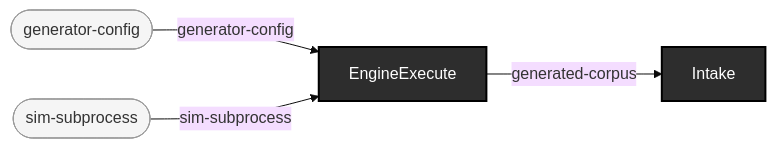
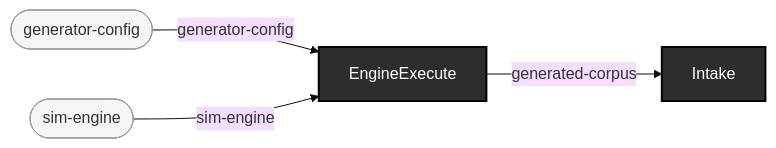
Before and after one commit to pragsmike/ehr-testing-tools: diagram 15 of 17 in docs/use-cases.md, drawn with Mermaid (base theme). The commit also changed other lines of this file and 2 other files, not shown here.

First paragraph of the commit message:
docs: user path drops retired sim sibling/subprocess claims (ADR-0005; R34 sweep)
Fix three stale user-path claims that a fresh clone with no sibling
checkout refutes by execution (ADR-0005 mounted sim in-process):

````diff
--- a/docs/use-cases.md
+++ b/docs/use-cases.md
@@ -1106,29 +1104,29 @@
 ```mermaid
 flowchart LR
 
     %% --- Source types (raw inputs, not produced by any operation) ---
     generator_config(["generator-config"])
-    sim_subprocess(["sim-subprocess"])
+    sim_engine(["sim-engine"])
 
     %% --- Operations (boxes; spiders use distinct shapes) ---
     EngineExecute["EngineExecute"]
     Intake["Intake"]
 
     %% --- Wires (typed connections) ---
     %% Arrow 1: EngineExecute
     generator_config -- generator-config --> EngineExecute
-    sim_subprocess -- sim-subprocess --> EngineExecute
+    sim_engine -- sim-engine --> EngineExecute
 
     %% Arrow 2: Intake
     EngineExecute -- generated-corpus --> Intake
 
     %% --- Styling ---
 
     %% Operations: dark boxes (fan=blue, funnel=green, enrichment=outlined, gate=purple, external=dashed)
     style EngineExecute fill:#2d2d2d,stroke:#000,color:#fff,stroke-width:2px
     style Intake fill:#2d2d2d,stroke:#000,color:#fff,stroke-width:2px
 
     %% Source types: light rounded
     style generator_config fill:#f5f5f5,stroke:#999,color:#333
-    style sim_subprocess fill:#f5f5f5,stroke:#999,color:#333
+    style sim_engine fill:#f5f5f5,stroke:#999,color:#333
 ```
````
